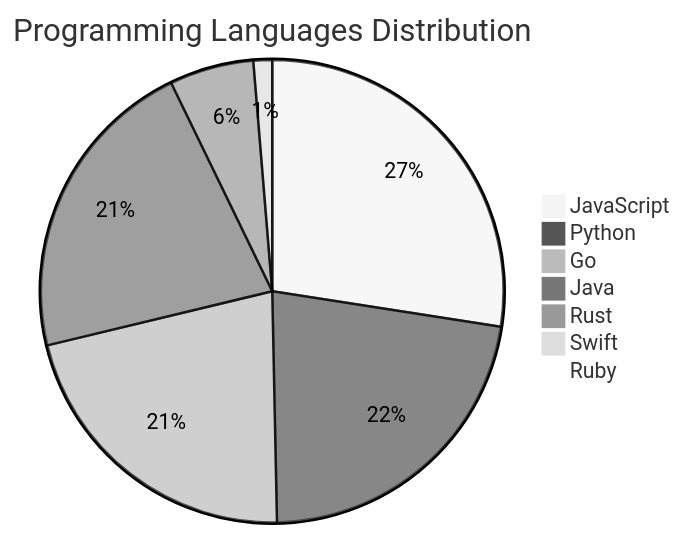
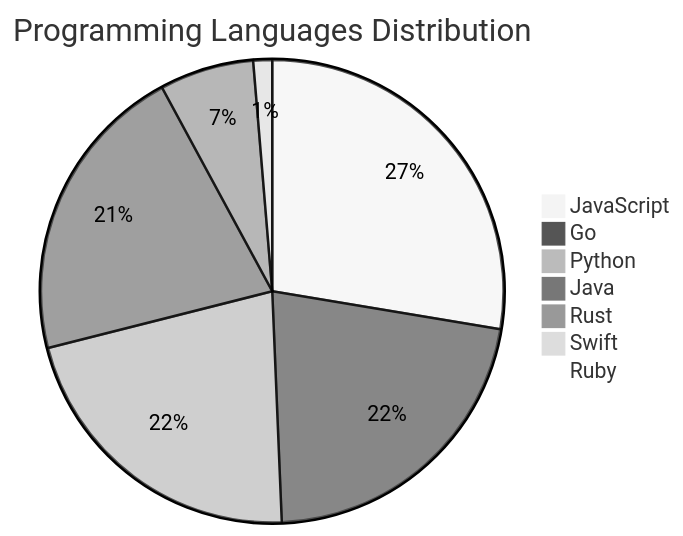
Before and after one commit to Derrick-MUGISHA/github-activity-bot: the diagram in README.md, drawn with Mermaid (neutral theme). The commit also changed other lines of this file and 4 other files, not shown here.

````diff
--- a/README.md
+++ b/README.md
@@ -207,10 +213,10 @@
 ```mermaid
 pie title Programming Languages Distribution
     "JavaScript" : 42
-    "Python" : 34
     "Go" : 33
-    "Java" : 33
-    "Rust" : 9
+    "Python" : 33
+    "Java" : 32
+    "Rust" : 10
     "Swift" : 2
     "Ruby" : 1
 ```
````
